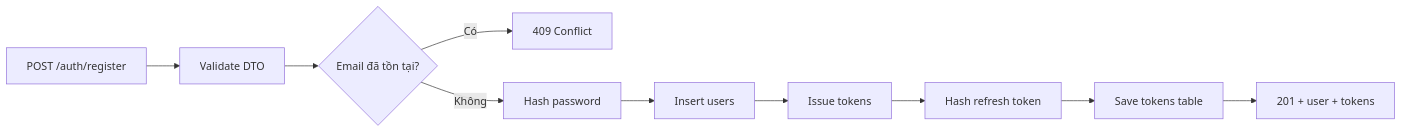
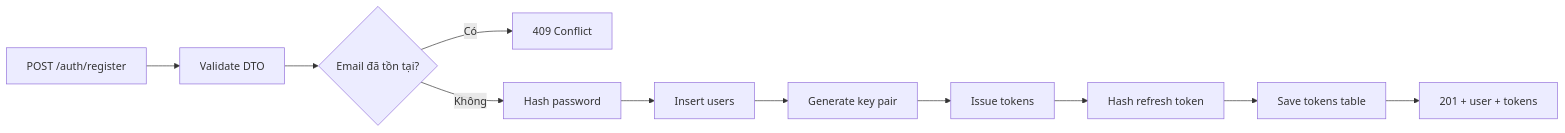
One commit to dykh061/DA2_Sever_NODEJS changed the second of 5 diagrams in modules/authen/Auth_all_Flow.md. Above: the diagram before and after it, drawn with Mermaid. The commit also changed other lines of this file and 1 other file, not shown here.

````diff
--- a/modules/authen/Auth_all_Flow.md
+++ b/modules/authen/Auth_all_Flow.md
@@ -51,12 +52,13 @@
 ```mermaid
 flowchart LR
     A[POST /auth/register] --> B[Validate DTO]
     B --> C{Email đã tồn tại?}
     C -- Có --> X[409 Conflict]
     C -- Không --> D[Hash password]
     D --> E[Insert users]
-    E --> F[Issue tokens]
-    F --> G[Hash refresh token]
-    G --> H[Save tokens table]
-    H --> I[201 + user + tokens]
+    E --> F[Generate key pair]
+    F --> G[Issue tokens]
+    G --> H[Hash refresh token]
+    H --> I[Save tokens table]
+    I --> J[201 + user + tokens]
 ```
````
